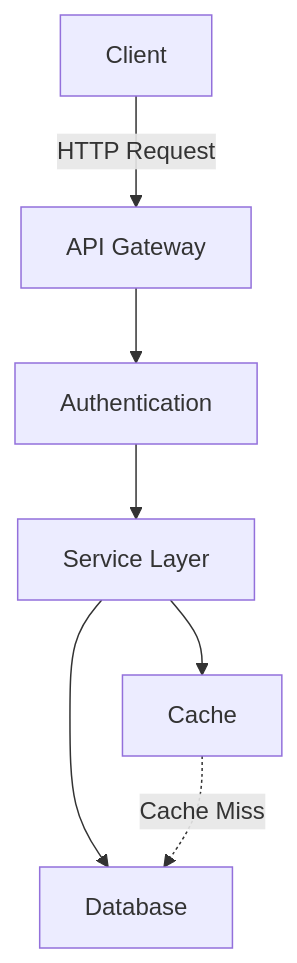
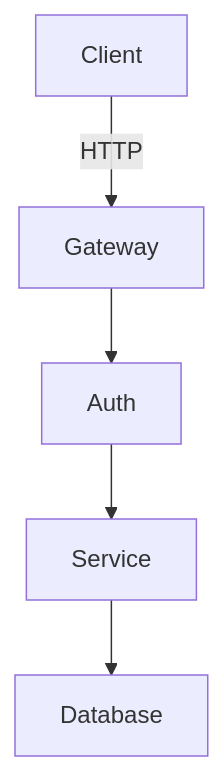
Before and after one commit to jawhnycooke/advanced-claude-code-patterns: the diagram in agents/documentation-agent.md, drawn with Mermaid. The commit also changed other lines of this file and 33 other files, not shown here.

````diff
--- a/agents/documentation-agent.md
+++ b/agents/documentation-agent.md
@@ -129,9 +86,7 @@
 ```mermaid
 graph TD
-    A[Client] -->|HTTP Request| B[API Gateway]
-    B --> C[Authentication]
-    C --> D[Service Layer]
-    D --> E[Database]
-    D --> F[Cache]
-    F -.->|Cache Miss| E
+    Client -->|HTTP| Gateway
+    Gateway --> Auth
+    Auth --> Service
+    Service --> Database
 ```
````
